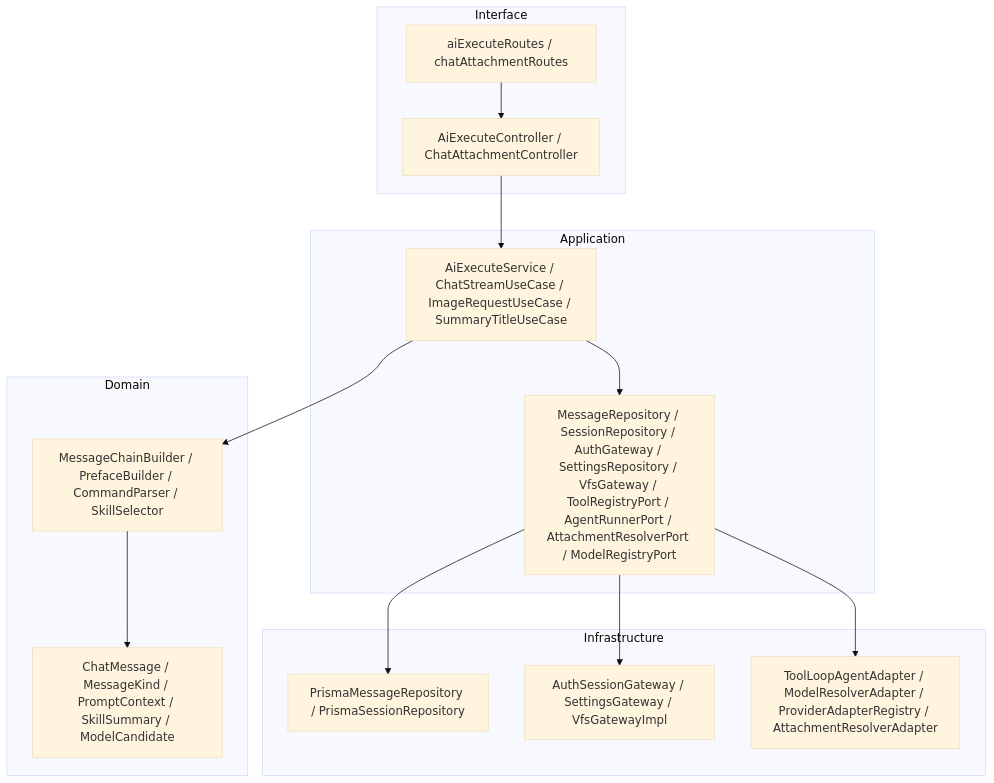
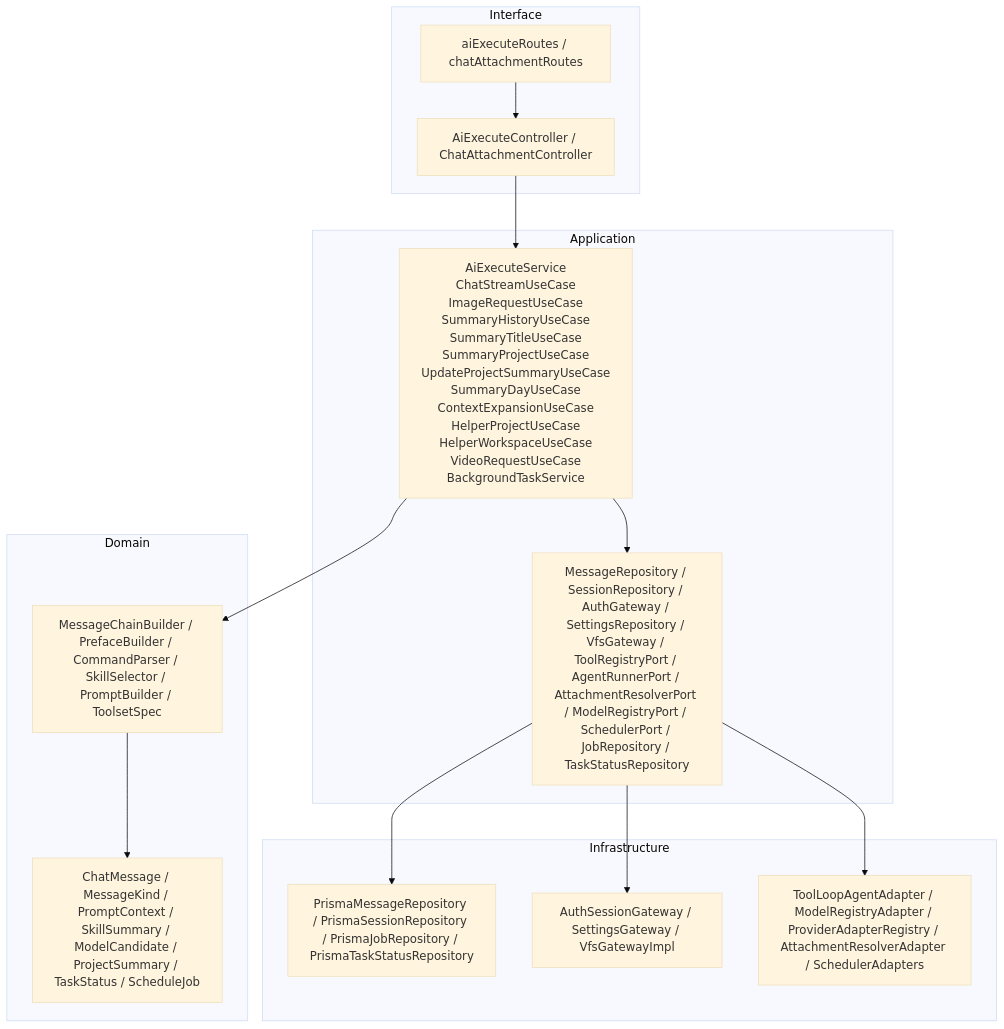
Before and after one commit to OpenLoaf/OpenLoaf: the first of 12 diagrams in docs/plans/2026-01-19-ai-oop-refactor-design.md, drawn with Mermaid (base theme). The commit also changed other lines of this file, not shown here.

Commit message:
docs: update diagrams for future features

````diff
--- a/docs/plans/2026-01-19-ai-oop-refactor-design.md
+++ b/docs/plans/2026-01-19-ai-oop-refactor-design.md
@@ -13,28 +13,28 @@
 ```mermaid
 flowchart TB
   subgraph Interface
     Controller["AiExecuteController / ChatAttachmentController"]
     Routes["aiExecuteRoutes / chatAttachmentRoutes"]
   end
   subgraph Application
-    UseCases["AiExecuteService / ChatStreamUseCase / ImageRequestUseCase / SummaryTitleUseCase"]
-    Ports["MessageRepository / SessionRepository / AuthGateway / SettingsRepository / VfsGateway / ToolRegistryPort / AgentRunnerPort / AttachmentResolverPort / ModelRegistryPort"]
+    UseCases["AiExecuteService<br/>ChatStreamUseCase<br/>ImageRequestUseCase<br/>SummaryHistoryUseCase<br/>SummaryTitleUseCase<br/>SummaryProjectUseCase<br/>UpdateProjectSummaryUseCase<br/>SummaryDayUseCase<br/>ContextExpansionUseCase<br/>HelperProjectUseCase<br/>HelperWorkspaceUseCase<br/>VideoRequestUseCase<br/>BackgroundTaskService"]
+    Ports["MessageRepository / SessionRepository / AuthGateway / SettingsRepository / VfsGateway / ToolRegistryPort / AgentRunnerPort / AttachmentResolverPort / ModelRegistryPort / SchedulerPort / JobRepository / TaskStatusRepository"]
   end
   subgraph Domain
-    Entities["ChatMessage / MessageKind / PromptContext / SkillSummary / ModelCandidate"]
-    Services["MessageChainBuilder / PrefaceBuilder / CommandParser / SkillSelector"]
+    Entities["ChatMessage / MessageKind / PromptContext / SkillSummary / ModelCandidate / ProjectSummary / TaskStatus / ScheduleJob"]
+    Services["MessageChainBuilder / PrefaceBuilder / CommandParser / SkillSelector / PromptBuilder / ToolsetSpec"]
   end
   subgraph Infrastructure
-    Repos["PrismaMessageRepository / PrismaSessionRepository"]
+    Repos["PrismaMessageRepository / PrismaSessionRepository / PrismaJobRepository / PrismaTaskStatusRepository"]
     Gateways["AuthSessionGateway / SettingsGateway / VfsGatewayImpl"]
-    Adapters["ToolLoopAgentAdapter / ModelResolverAdapter / ProviderAdapterRegistry / AttachmentResolverAdapter"]
+    Adapters["ToolLoopAgentAdapter / ModelRegistryAdapter / ProviderAdapterRegistry / AttachmentResolverAdapter / SchedulerAdapters"]
   end
 
   Routes --> Controller --> UseCases
   UseCases --> Ports
   UseCases --> Services
   Services --> Entities
   Ports --> Repos
   Ports --> Gateways
   Ports --> Adapters
 ```
````
